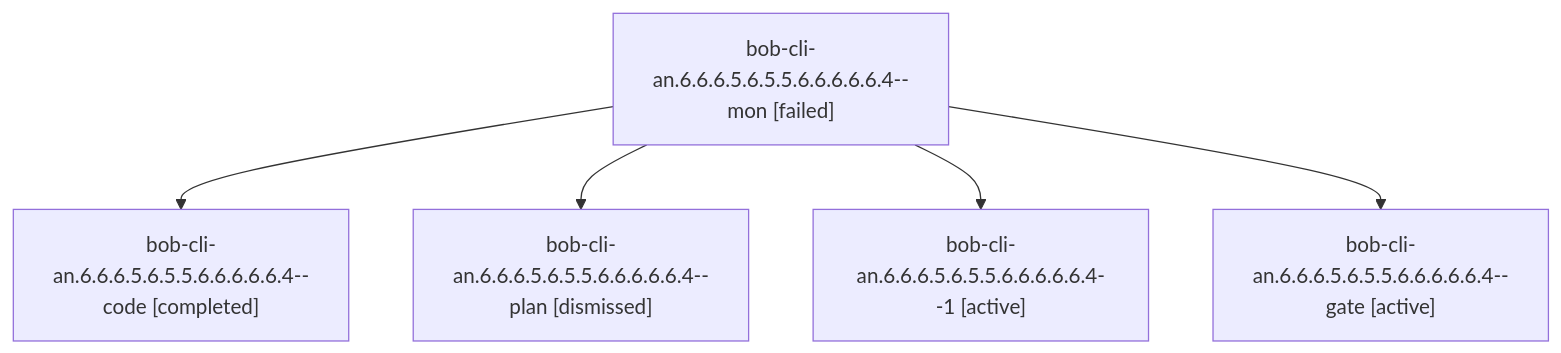
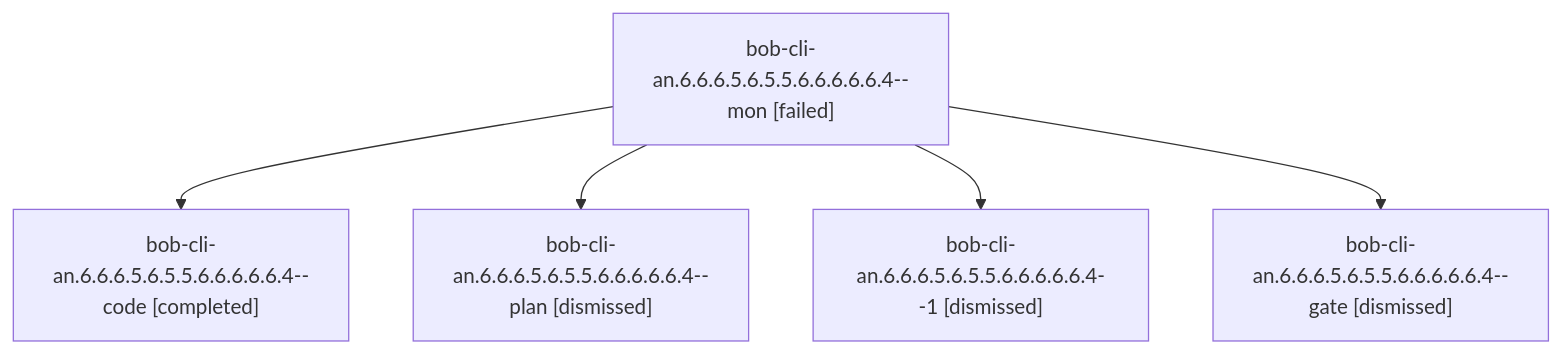
Before and after one commit to bobs-org/bob-cli--agents: the diagram in sessions/bbugyi200.athena.bob-cli-an.6.6.6.5.6.5.5.6.6.6.6.6.4.md, drawn with Mermaid. The commit also changed other lines of this file and 557 other files, not shown here.

````diff
--- a/sessions/bbugyi200.athena.bob-cli-an.6.6.6.5.6.5.5.6.6.6.6.6.4.md
+++ b/sessions/bbugyi200.athena.bob-cli-an.6.6.6.5.6.5.5.6.6.6.6.6.4.md
@@ -9,12 +9,12 @@
 ```mermaid
 flowchart TD
   n0["bob-cli-an.6.6.6.5.6.5.5.6.6.6.6.6.4--mon [failed]"]
   n1["bob-cli-an.6.6.6.5.6.5.5.6.6.6.6.6.4--code [completed]"]
   n0 --> n1
   n2["bob-cli-an.6.6.6.5.6.5.5.6.6.6.6.6.4--plan [dismissed]"]
   n0 --> n2
-  n3["bob-cli-an.6.6.6.5.6.5.5.6.6.6.6.6.4--1 [active]"]
+  n3["bob-cli-an.6.6.6.5.6.5.5.6.6.6.6.6.4--1 [dismissed]"]
   n0 --> n3
-  n4["bob-cli-an.6.6.6.5.6.5.5.6.6.6.6.6.4--gate [active]"]
+  n4["bob-cli-an.6.6.6.5.6.5.5.6.6.6.6.6.4--gate [dismissed]"]
   n0 --> n4
 ```
````
